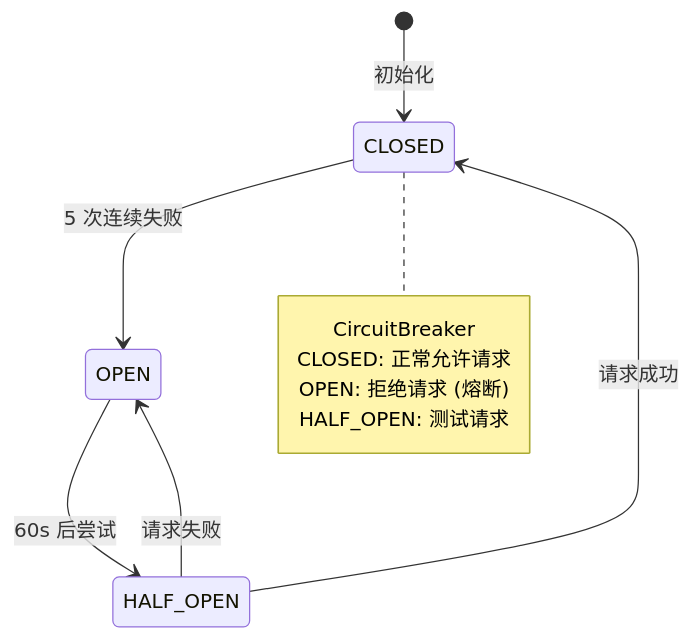
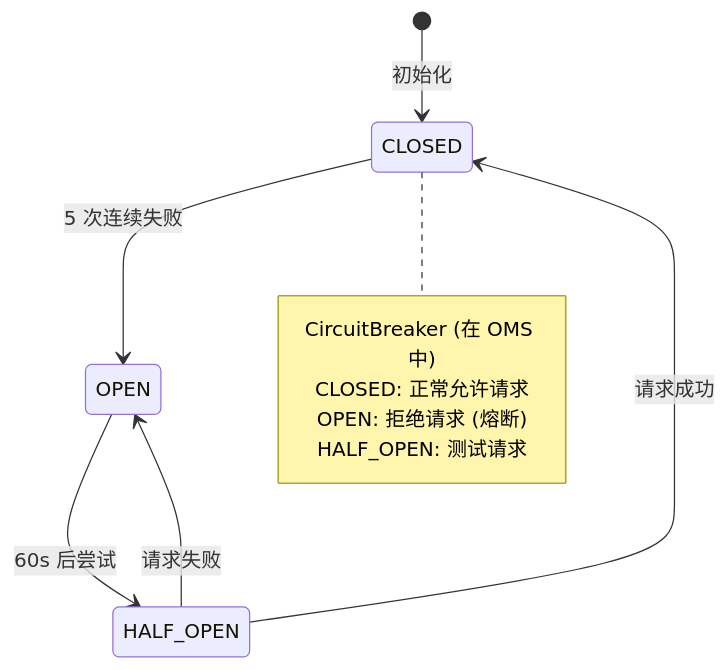
The third of 3 diagrams in spec/architecture_diagrams/08_watchdog_mechanism.md (liu-kaining/PolyMatrixEngine), drawn with Mermaid before and after one commit. The commit also changed other lines of this file and 11 other files, not shown here.

````diff
--- a/spec/architecture_diagrams/08_watchdog_mechanism.md
+++ b/spec/architecture_diagrams/08_watchdog_mechanism.md
@@ -195,21 +181,21 @@
 ```mermaid
 %%{init: {'theme': 'base', 'themeVariables': {
   'primaryColor': '#1e3a5f',
   'primaryTextColor': '#ffffff',
   'primaryBorderColor': '#334155',
   'lineColor': '#64748b'
 }}%%
 stateDiagram-v2
     [*] --> CLOSED: 初始化
     CLOSED --> OPEN: 5 次连续失败
     OPEN --> HALF_OPEN: 60s 后尝试
     HALF_OPEN --> CLOSED: 请求成功
     HALF_OPEN --> OPEN: 请求失败
 
     note right of CLOSED
-        CircuitBreaker
+        CircuitBreaker (在 OMS 中)
         CLOSED: 正常允许请求
         OPEN: 拒绝请求 (熔断)
         HALF_OPEN: 测试请求
     end note
 ```
````
